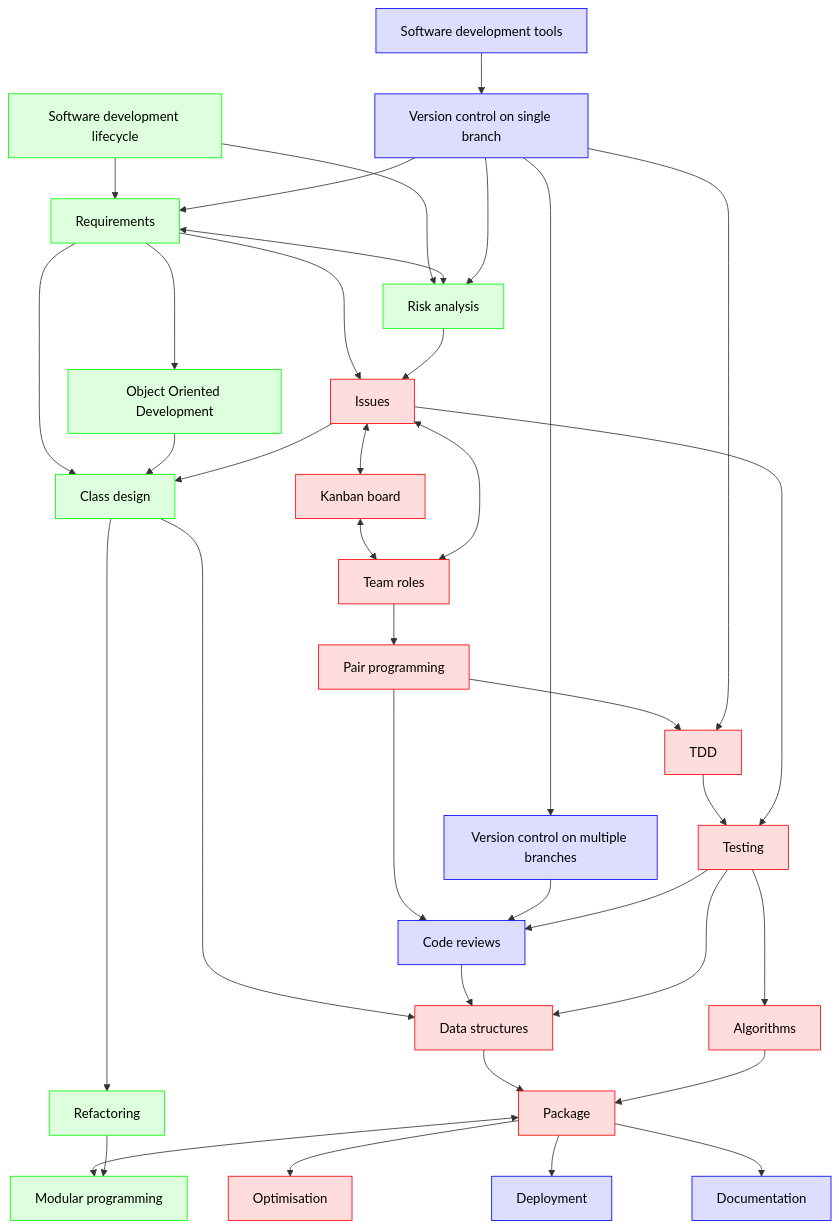
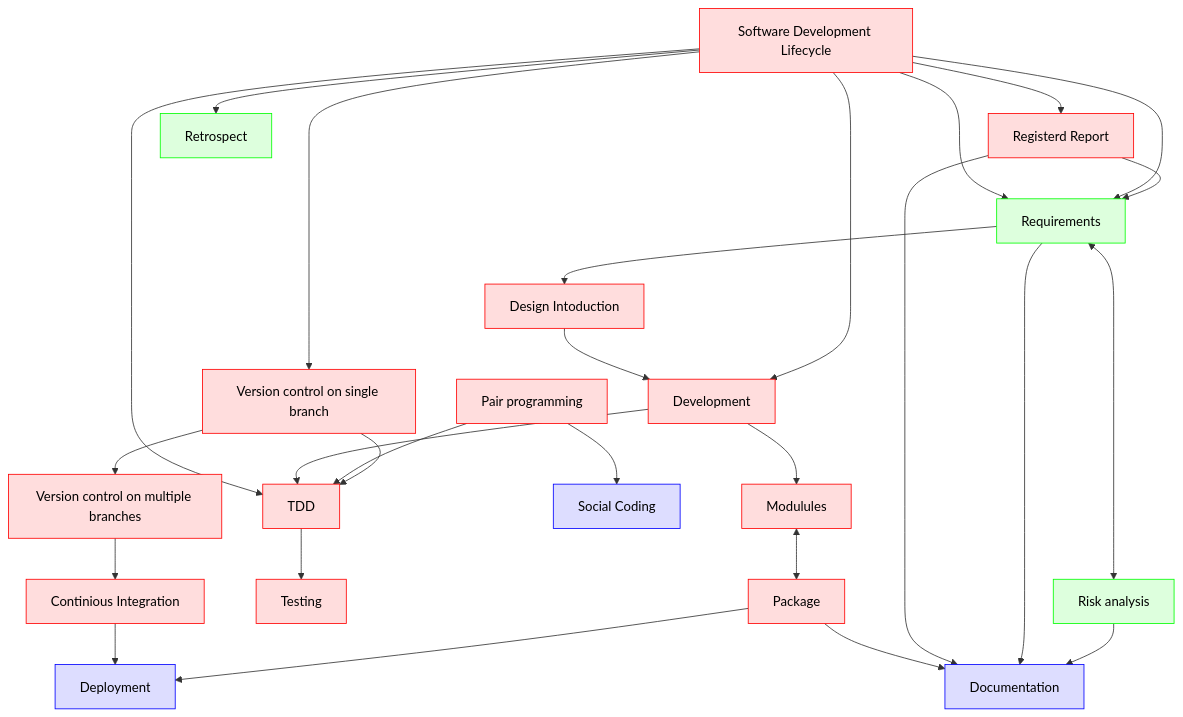
The diagram in docs/misc/wrap_up.md (UPPMAX/programming_formalisms), drawn with Mermaid before and after one commit.

Commit message:
Worked on the Course Overview Mermaid

````diff
--- a/docs/misc/wrap_up.md
+++ b/docs/misc/wrap_up.md
@@ -36,80 +36,53 @@
 ```mermaid
 flowchart TD
 
   classDef bjorn_node fill:#ddf,color:#000,stroke:#00f
   classDef lars_node fill:#dfd,color:#000,stroke:#0f0
   classDef richel_node fill:#fdd,color:#000,stroke:#f00
 
-    sdlc[Software development lifecycle]:::lars_node
-    devtools[Software development tools]:::bjorn_node
-
     requirements[Requirements]:::lars_node
     risk_analysis[Risk analysis]:::lars_node
-
-    requirements --> issues
-    risk_analysis --> issues
-
-    issues[Issues]:::richel_node
-    kanban_board[Kanban board]:::richel_node
-    team_roles[Team roles]:::richel_node
-
-    team_roles <--> issues <--> kanban_board <--> team_roles
-
-    team_roles --> pair_programming
-
-    version_control_1[Version control on single branch]:::bjorn_node
-    version_control_many[Version control on multiple branches]:::bjorn_node
-
-    version_control_1 --> version_control_many
-
-    class_design[Class design]:::lars_node
-
+    reg_rep[Registerd Report]:::richel_node
+    SDLC[Software Development Lifecycle]:::richel_node
+    version_control_1[Version control on single branch]:::richel_node
+    version_control_many[Version control on multiple branches]:::richel_node
     pair_programming[Pair programming]:::richel_node
     tdd[TDD]:::richel_node
-
+    Retrospect[Retrospect]:::lars_node
+    design[Design Intoduction]:::richel_node
     testing[Testing]:::richel_node
-    code_reviews[Code reviews]:::bjorn_node
-
-    data_structures[Data structures]:::richel_node
-    algorithms[Algorithms]:::richel_node
-    optimization[Optimisation]:::richel_node
-
-    ood[Object Oriented Development]:::lars_node
-    refactoring[Refactoring]:::lars_node
-    modular_programming[Modular programming]:::lars_node
+    social_coding[Social Coding]:::bjorn_node
+    development[Development]:::richel_node
+    modules[Modulules]:::richel_node
     package[Package]:::richel_node
     deployment[Deployment]:::bjorn_node
     documentation[Documentation]:::bjorn_node
+    contious_itegration[Continious Integration]:::richel_node
 
-
-  sdlc --> requirements
-  sdlc --> risk_analysis
-  devtools --> version_control_1
-  requirements <--> risk_analysis
-
-  requirements --> class_design
-  version_control_1 --> requirements
-  version_control_1 --> risk_analysis
-  pair_programming --> tdd
-  pair_programming --> code_reviews
-  version_control_many --> code_reviews
-  class_design --> data_structures
-  version_control_1 --> tdd
-  tdd --> testing
-  issues --> testing
-  code_reviews --> data_structures
-  testing --> data_structures
-  testing --> code_reviews
-  testing --> algorithms
-  data_structures --> package
-  package <--> modular_programming
-  package --> optimization
-  algorithms --> package
-  requirements --> ood
-  ood --> class_design
-  issues --> class_design
-  class_design --> refactoring
-  refactoring --> modular_programming
-  package --> deployment
-  package --> documentation
+    SDLC --> reg_rep
+    SDLC --> requirements
+    requirements --> design
+    design --> development
+    SDLC --> Retrospect
+    SDLC --> development
+    SDLC --> requirements
+    SDLC --> tdd
+    SDLC --> version_control_1
+    version_control_1 --> version_control_many
+    reg_rep --> requirements
+    requirements <--> risk_analysis
+    development --> modules
+    development --> tdd
+    pair_programming --> tdd
+    pair_programming --> social_coding
+    version_control_many --> contious_itegration
+    contious_itegration --> deployment
+    version_control_1 --> tdd
+    tdd --> testing
+    modules <-->  package 
+    package --> deployment
+    package --> documentation
+    reg_rep --> documentation
+    requirements --> documentation
+    risk_analysis --> documentation
 ```
````
